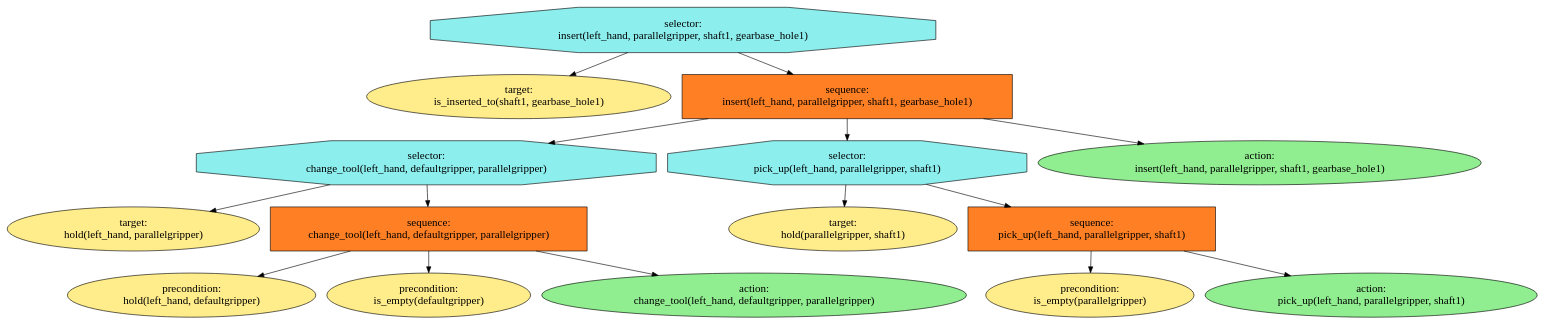
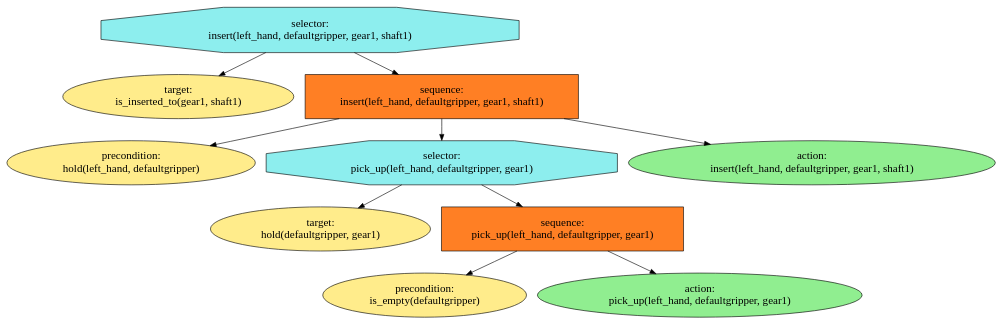
One commit to ProNeverFake/kios changed the diagram in kios_bt_planning/kios_utils/visualisation.dot. Above: the diagram before and after it, drawn with Graphviz. The commit also changed 4 other files, not shown here.

```diff
--- a/kios_bt_planning/kios_utils/visualisation.dot
+++ b/kios_bt_planning/kios_utils/visualisation.dot
@@ -1,93 +1,63 @@
 digraph pastafarianism {
 ordering=out;
 graph [fontname="times-roman"];
 node [fontname="times-roman"];
 edge [fontname="times-roman"];
 "selector:
- insert(left_hand, parallelgripper, shaft1, gearbase_hole1)" [fillcolor=darkslategray2, fontcolor=black, fontsize=18, label="selector:
- insert(left_hand, parallelgripper, shaft1, gearbase_hole1)", shape=octagon, style=filled];
+ insert(left_hand, defaultgripper, gear1, shaft1)" [fillcolor=darkslategray2, fontcolor=black, fontsize=18, label="selector:
+ insert(left_hand, defaultgripper, gear1, shaft1)", shape=octagon, style=filled];
 "target:
- is_inserted_to(shaft1, gearbase_hole1)" [fillcolor=lightgoldenrod1, fontcolor=black, fontsize=18, height=1.0, label="target:
- is_inserted_to(shaft1, gearbase_hole1)", shape=ellipse, style=filled];
+ is_inserted_to(gear1, shaft1)" [fillcolor=lightgoldenrod1, fontcolor=black, fontsize=18, height=1.0, label="target:
+ is_inserted_to(gear1, shaft1)", shape=ellipse, style=filled];
 "selector:
- insert(left_hand, parallelgripper, shaft1, gearbase_hole1)" -> "target:
- is_inserted_to(shaft1, gearbase_hole1)";
+ insert(left_hand, defaultgripper, gear1, shaft1)" -> "target:
+ is_inserted_to(gear1, shaft1)";
 "sequence:
- insert(left_hand, parallelgripper, shaft1, gearbase_hole1)" [fillcolor=chocolate1, fontcolor=black, fontsize=18, height=1.0, label="sequence:
- insert(left_hand, parallelgripper, shaft1, gearbase_hole1)", shape=box, style=filled];
+ insert(left_hand, defaultgripper, gear1, shaft1)" [fillcolor=chocolate1, fontcolor=black, fontsize=18, height=1.0, label="sequence:
+ insert(left_hand, defaultgripper, gear1, shaft1)", shape=box, style=filled];
 "selector:
- insert(left_hand, parallelgripper, shaft1, gearbase_hole1)" -> "sequence:
- insert(left_hand, parallelgripper, shaft1, gearbase_hole1)";
-"selector:
- change_tool(left_hand, defaultgripper, parallelgripper)" [fillcolor=darkslategray2, fontcolor=black, fontsize=18, height=1.0, label="selector:
- change_tool(left_hand, defaultgripper, parallelgripper)", shape=octagon, style=filled];
-"sequence:
- insert(left_hand, parallelgripper, shaft1, gearbase_hole1)" -> "selector:
- change_tool(left_hand, defaultgripper, parallelgripper)";
-"target:
- hold(left_hand, parallelgripper)" [fillcolor=lightgoldenrod1, fontcolor=black, fontsize=18, height=1.0, label="target:
- hold(left_hand, parallelgripper)", shape=ellipse, style=filled];
-"selector:
- change_tool(left_hand, defaultgripper, parallelgripper)" -> "target:
- hold(left_hand, parallelgripper)";
-"sequence:
- change_tool(left_hand, defaultgripper, parallelgripper)" [fillcolor=chocolate1, fontcolor=black, fontsize=18, height=1.0, label="sequence:
- change_tool(left_hand, defaultgripper, parallelgripper)", shape=box, style=filled];
-"selector:
- change_tool(left_hand, defaultgripper, parallelgripper)" -> "sequence:
- change_tool(left_hand, defaultgripper, parallelgripper)";
+ insert(left_hand, defaultgripper, gear1, shaft1)" -> "sequence:
+ insert(left_hand, defaultgripper, gear1, shaft1)";
 "precondition:
  hold(left_hand, defaultgripper)" [fillcolor=lightgoldenrod1, fontcolor=black, fontsize=18, height=1.0, label="precondition:
  hold(left_hand, defaultgripper)", shape=ellipse, style=filled];
 "sequence:
- change_tool(left_hand, defaultgripper, parallelgripper)" -> "precondition:
+ insert(left_hand, defaultgripper, gear1, shaft1)" -> "precondition:
  hold(left_hand, defaultgripper)";
+"selector:
+ pick_up(left_hand, defaultgripper, gear1)" [fillcolor=darkslategray2, fontcolor=black, fontsize=18, height=1.0, label="selector:
+ pick_up(left_hand, defaultgripper, gear1)", shape=octagon, style=filled];
+"sequence:
+ insert(left_hand, defaultgripper, gear1, shaft1)" -> "selector:
+ pick_up(left_hand, defaultgripper, gear1)";
+"target:
+ hold(defaultgripper, gear1)" [fillcolor=lightgoldenrod1, fontcolor=black, fontsize=18, height=1.0, label="target:
+ hold(defaultgripper, gear1)", shape=ellipse, style=filled];
+"selector:
+ pick_up(left_hand, defaultgripper, gear1)" -> "target:
+ hold(defaultgripper, gear1)";
+"sequence:
+ pick_up(left_hand, defaultgripper, gear1)" [fillcolor=chocolate1, fontcolor=black, fontsize=18, height=1.0, label="sequence:
+ pick_up(left_hand, defaultgripper, gear1)", shape=box, style=filled];
+"selector:
+ pick_up(left_hand, defaultgripper, gear1)" -> "sequence:
+ pick_up(left_hand, defaultgripper, gear1)";
 "precondition:
  is_empty(defaultgripper)" [fillcolor=lightgoldenrod1, fontcolor=black, fontsize=18, height=1.0, label="precondition:
  is_empty(defaultgripper)", shape=ellipse, style=filled];
 "sequence:
- change_tool(left_hand, defaultgripper, parallelgripper)" -> "precondition:
+ pick_up(left_hand, defaultgripper, gear1)" -> "precondition:
  is_empty(defaultgripper)";
 "action:
- change_tool(left_hand, defaultgripper, parallelgripper)" [fillcolor=lightgreen, fontcolor=black, fontsize=18, height=1.0, label="action:
- change_tool(left_hand, defaultgripper, parallelgripper)", shape=ellipse, style=filled];
+ pick_up(left_hand, defaultgripper, gear1)" [fillcolor=lightgreen, fontcolor=black, fontsize=18, height=1.0, label="action:
+ pick_up(left_hand, defaultgripper, gear1)", shape=ellipse, style=filled];
 "sequence:
- change_tool(left_hand, defaultgripper, parallelgripper)" -> "action:
- change_tool(left_hand, defaultgripper, parallelgripper)";
-"selector:
- pick_up(left_hand, parallelgripper, shaft1)" [fillcolor=darkslategray2, fontcolor=black, fontsize=18, height=1.0, label="selector:
- pick_up(left_hand, parallelgripper, shaft1)", shape=octagon, style=filled];
+ pick_up(left_hand, defaultgripper, gear1)" -> "action:
+ pick_up(left_hand, defaultgripper, gear1)";
+"action:
+ insert(left_hand, defaultgripper, gear1, shaft1)" [fillcolor=lightgreen, fontcolor=black, fontsize=18, height=1.0, label="action:
+ insert(left_hand, defaultgripper, gear1, shaft1)", shape=ellipse, style=filled];
 "sequence:
- insert(left_hand, parallelgripper, shaft1, gearbase_hole1)" -> "selector:
- pick_up(left_hand, parallelgripper, shaft1)";
-"target:
- hold(parallelgripper, shaft1)" [fillcolor=lightgoldenrod1, fontcolor=black, fontsize=18, height=1.0, label="target:
- hold(parallelgripper, shaft1)", shape=ellipse, style=filled];
-"selector:
- pick_up(left_hand, parallelgripper, shaft1)" -> "target:
- hold(parallelgripper, shaft1)";
-"sequence:
- pick_up(left_hand, parallelgripper, shaft1)" [fillcolor=chocolate1, fontcolor=black, fontsize=18, height=1.0, label="sequence:
- pick_up(left_hand, parallelgripper, shaft1)", shape=box, style=filled];
-"selector:
- pick_up(left_hand, parallelgripper, shaft1)" -> "sequence:
- pick_up(left_hand, parallelgripper, shaft1)";
-"precondition:
- is_empty(parallelgripper)" [fillcolor=lightgoldenrod1, fontcolor=black, fontsize=18, height=1.0, label="precondition:
- is_empty(parallelgripper)", shape=ellipse, style=filled];
-"sequence:
- pick_up(left_hand, parallelgripper, shaft1)" -> "precondition:
- is_empty(parallelgripper)";
-"action:
- pick_up(left_hand, parallelgripper, shaft1)" [fillcolor=lightgreen, fontcolor=black, fontsize=18, height=1.0, label="action:
- pick_up(left_hand, parallelgripper, shaft1)", shape=ellipse, style=filled];
-"sequence:
- pick_up(left_hand, parallelgripper, shaft1)" -> "action:
- pick_up(left_hand, parallelgripper, shaft1)";
-"action:
- insert(left_hand, parallelgripper, shaft1, gearbase_hole1)" [fillcolor=lightgreen, fontcolor=black, fontsize=18, height=1.0, label="action:
- insert(left_hand, parallelgripper, shaft1, gearbase_hole1)", shape=ellipse, style=filled];
-"sequence:
- insert(left_hand, parallelgripper, shaft1, gearbase_hole1)" -> "action:
- insert(left_hand, parallelgripper, shaft1, gearbase_hole1)";
+ insert(left_hand, defaultgripper, gear1, shaft1)" -> "action:
+ insert(left_hand, defaultgripper, gear1, shaft1)";
 }
```
